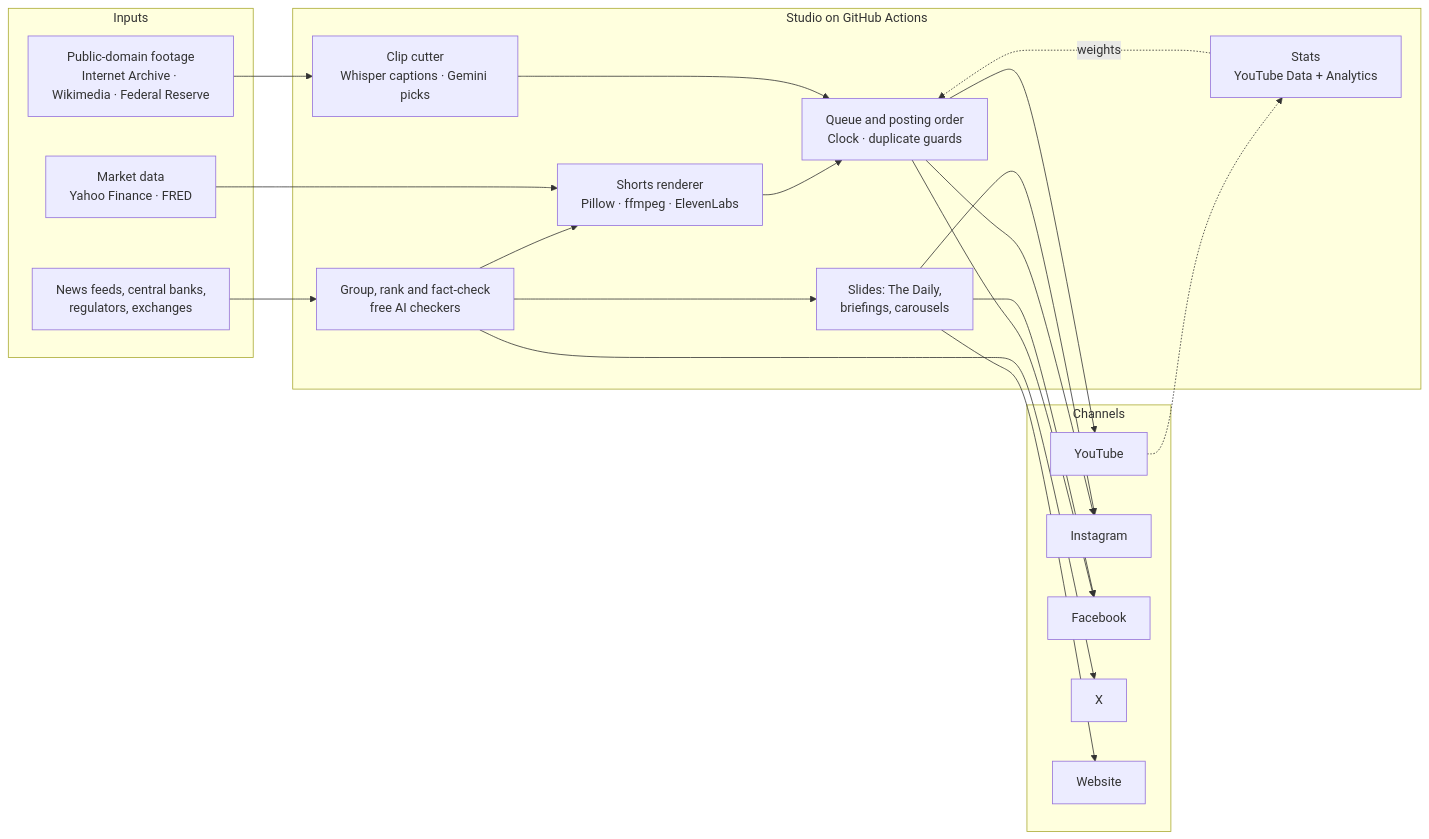
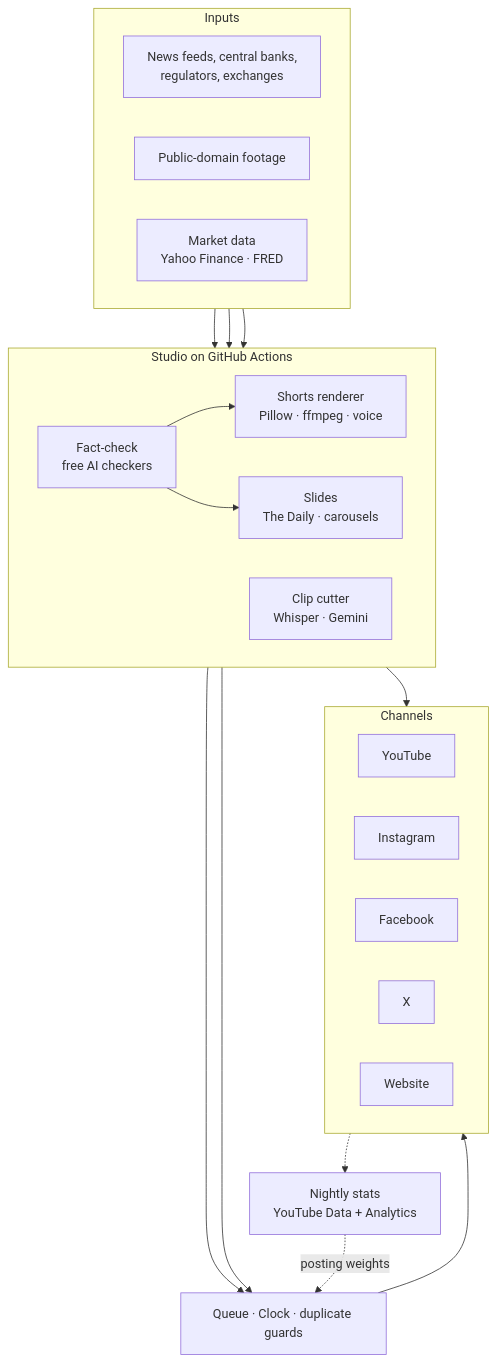
One commit to financehubw/FinanceHubW changed the diagram in README.md. Above: the diagram before and after it, drawn with Mermaid. The commit also changed other lines of this file, not shown here.

Commit message:
README: readable top-down diagram, one-row cover gallery

````diff
--- a/README.md
+++ b/README.md
@@ -66,39 +66,37 @@
 ```mermaid
-flowchart LR
-  subgraph IN[Inputs]
-    N[News feeds, central banks,<br/>regulators, exchanges]
-    F[Public-domain footage<br/>Internet Archive · Wikimedia · Federal Reserve]
-    D[Market data<br/>Yahoo Finance · FRED]
+flowchart TD
+  subgraph IN["Inputs"]
+    direction LR
+    N["News feeds, central banks,<br/>regulators, exchanges"]
+    F["Public-domain footage"]
+    D["Market data<br/>Yahoo Finance · FRED"]
   end
-  subgraph STUDIO[Studio on GitHub Actions]
-    V[Group, rank and fact-check<br/>free AI checkers]
-    R[Shorts renderer<br/>Pillow · ffmpeg · ElevenLabs]
-    C[Clip cutter<br/>Whisper captions · Gemini picks]
-    M[Slides: The Daily,<br/>briefings, carousels]
-    Q[Queue and posting order<br/>Clock · duplicate guards]
-    S[Stats<br/>YouTube Data + Analytics]
+  subgraph STUDIO["Studio on GitHub Actions"]
+    direction LR
+    V["Fact-check<br/>free AI checkers"]
+    R["Shorts renderer<br/>Pillow · ffmpeg · voice"]
+    C["Clip cutter<br/>Whisper · Gemini"]
+    M["Slides<br/>The Daily · carousels"]
   end
-  subgraph OUT[Channels]
-    YT[YouTube]
-    IG[Instagram]
-    FB[Facebook]
-    X[X]
-    WEB[Website]
+  Q["Queue · Clock · duplicate guards"]
+  subgraph OUT["Channels"]
+    direction LR
+    YT["YouTube"]
+    IG["Instagram"]
+    FB["Facebook"]
+    X["X"]
+    WEB["Website"]
   end
+  S["Nightly stats<br/>YouTube Data + Analytics"]
   N --> V
-  V --> M
-  V --> R
-  V --> X
   D --> R
   F --> C
+  V --> R
+  V --> M
   R --> Q
   C --> Q
-  Q --> YT
-  Q --> IG
-  Q --> FB
-  M --> IG
-  M --> FB
-  M --> WEB
-  YT -.-> S
-  S -. weights .-> Q
+  Q --> OUT
+  M --> OUT
+  OUT -.-> S
+  S -. "posting weights" .-> Q
 ```
````
